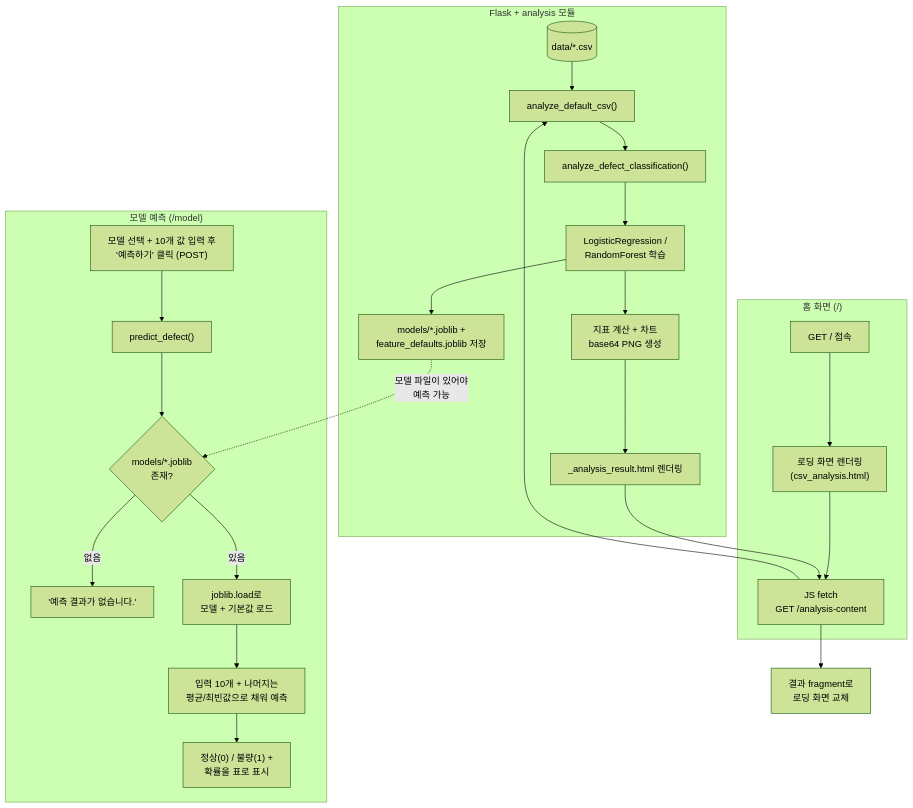
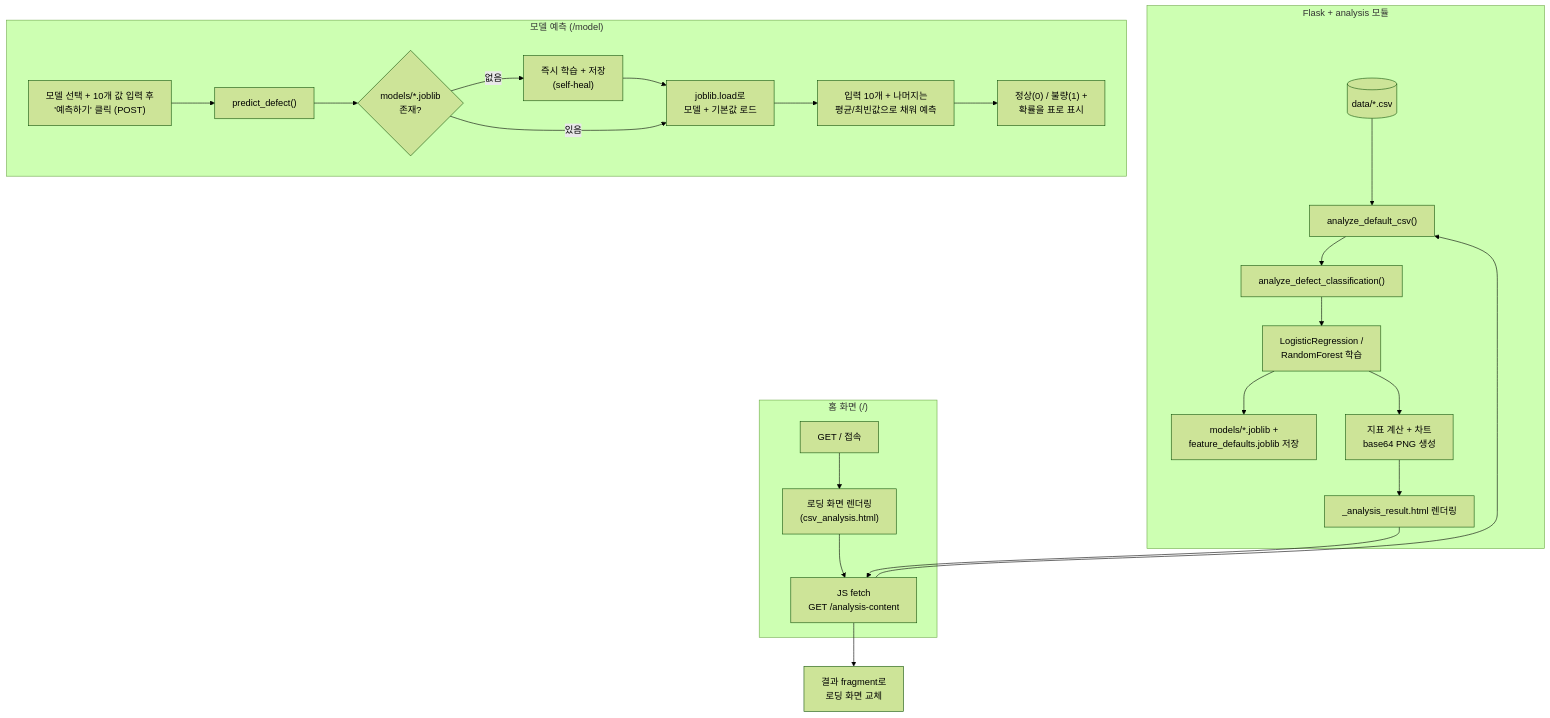
The diagram in README.md (00-Dohyun-00/hyundai_autoever_mobility_sw_school_python_project), drawn with Mermaid (forest theme) before and after one commit. The commit also changed other lines of this file, not shown here.

````diff
--- a/README.md
+++ b/README.md
@@ -54,33 +54,32 @@
 ```mermaid
 flowchart TD
     CSV[("data/*.csv")]
 
     subgraph Home["홈 화면 (/)"]
         A["GET / 접속"] --> B["로딩 화면 렌더링<br/>(csv_analysis.html)"]
         B --> C["JS fetch<br/>GET /analysis-content"]
     end
 
     subgraph Server["Flask + analysis 모듈"]
         C --> D["analyze_default_csv()"]
         CSV --> D
         D --> E["analyze_defect_classification()"]
         E --> F["LogisticRegression /<br/>RandomForest 학습"]
         F --> G["models/*.joblib +<br/>feature_defaults.joblib 저장"]
         F --> H["지표 계산 + 차트<br/>base64 PNG 생성"]
         H --> I["_analysis_result.html 렌더링"]
     end
 
     I --> C
     C --> J["결과 fragment로<br/>로딩 화면 교체"]
 
     subgraph Predict["모델 예측 (/model)"]
         K["모델 선택 + 10개 값 입력 후<br/>'예측하기' 클릭 (POST)"] --> L["predict_defect()"]
         L --> M{"models/*.joblib<br/>존재?"}
-        M -- 없음 --> N["'예측 결과가 없습니다.'"]
+        M -- 없음 --> S["즉시 학습 + 저장<br/>(self-heal)"]
+        S --> O
         M -- 있음 --> O["joblib.load로<br/>모델 + 기본값 로드"]
         O --> P["입력 10개 + 나머지는<br/>평균/최빈값으로 채워 예측"]
         P --> Q["정상(0) / 불량(1) +<br/>확률을 표로 표시"]
     end
-
-    G -. "모델 파일이 있어야<br/>예측 가능" .-> M
 ```
````
